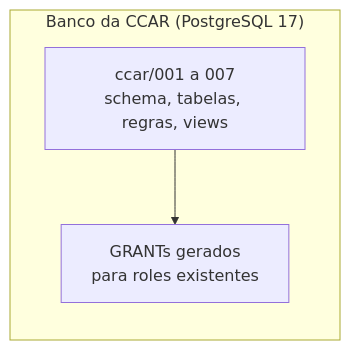
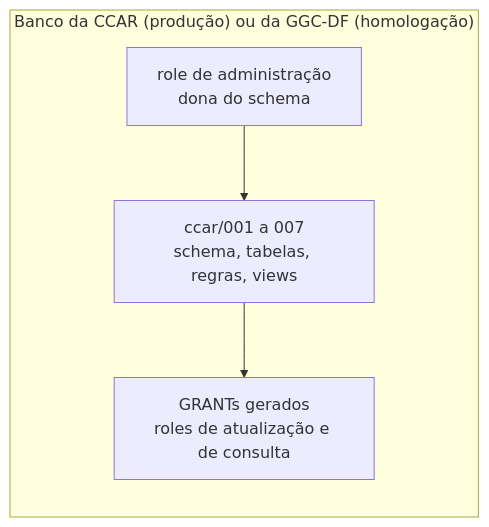
One commit to paschendale/feixe changed the diagram in feixe/db/README-DBA.md. Above: the diagram before and after it, drawn with Mermaid. The commit also changed other lines of this file and 7 other files, not shown here.

````diff
--- a/feixe/db/README-DBA.md
+++ b/feixe/db/README-DBA.md
@@ -5,6 +7,6 @@
 ```mermaid
 flowchart LR
-  subgraph ccar["Banco da CCAR (PostgreSQL 17)"]
-    c1["ccar/001 a 007<br/>schema, tabelas, regras, views"] --> c2["GRANTs gerados<br/>para roles existentes"]
+  subgraph ccar["Banco da CCAR (produção) ou da GGC-DF (homologação)"]
+    c0["role de administração<br/>dona do schema"] --> c1["ccar/001 a 007<br/>schema, tabelas, regras, views"] --> c2["GRANTs gerados<br/>roles de atualização e de consulta"]
   end
 ```
````
